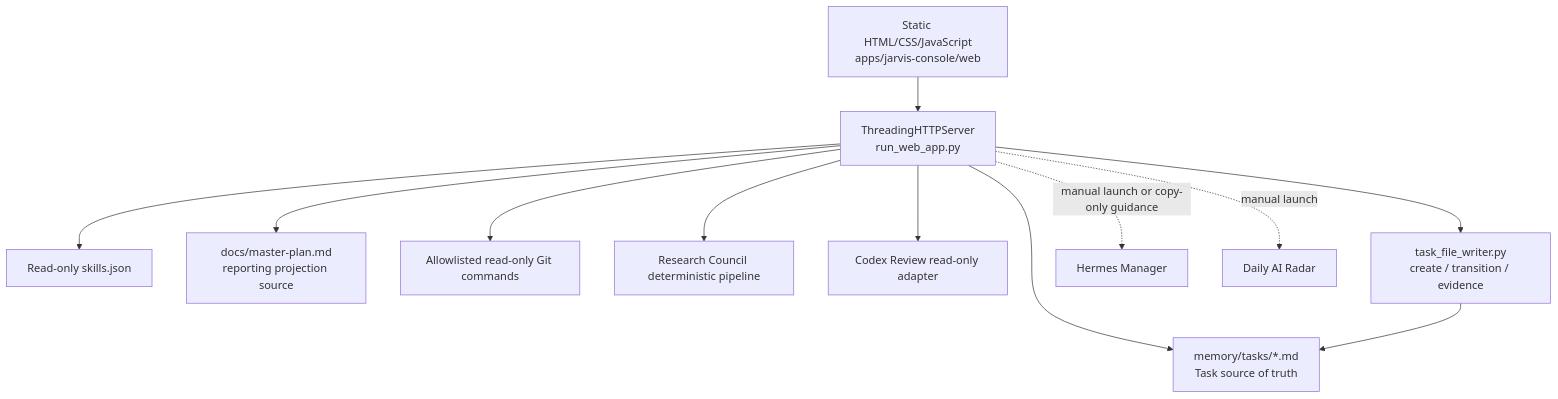
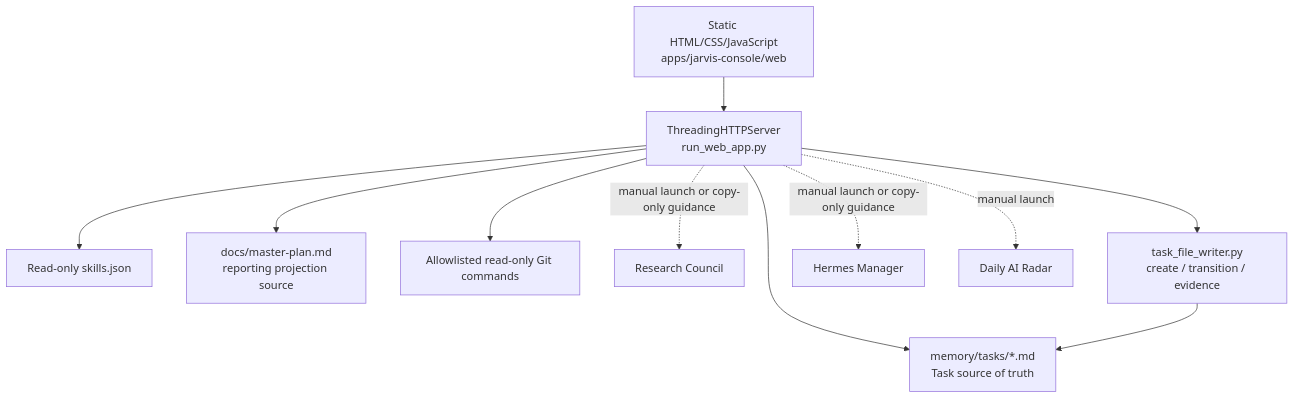
The first of 2 diagrams in docs/chatgpt-handoff.md (1412moo/jarvis-core), drawn with Mermaid before and after one commit. The commit also changed other lines of this file and 1 other file, not shown here.

````diff
--- a/docs/chatgpt-handoff.md
+++ b/docs/chatgpt-handoff.md
@@ -88,14 +82,13 @@
 ```mermaid
 flowchart TD
     Browser["Static HTML/CSS/JavaScript<br/>apps/jarvis-console/web"] --> Server["ThreadingHTTPServer<br/>run_web_app.py"]
     Server --> Registry["Read-only skills.json"]
     Server --> MasterPlan["docs/master-plan.md<br/>reporting projection source"]
     Server --> Git["Allowlisted read-only Git commands"]
     Server --> Tasks["memory/tasks/*.md<br/>Task source of truth"]
-    Server --> RC["Research Council deterministic pipeline"]
-    Server --> Review["Codex Review read-only adapter"]
+    Server -. "manual launch or copy-only guidance" .-> RC["Research Council"]
     Server --> Writer["task_file_writer.py<br/>create / transition / evidence"]
     Writer --> Tasks
     Server -. "manual launch or copy-only guidance" .-> Hermes["Hermes Manager"]
     Server -. "manual launch" .-> Radar["Daily AI Radar"]
 ```
````
